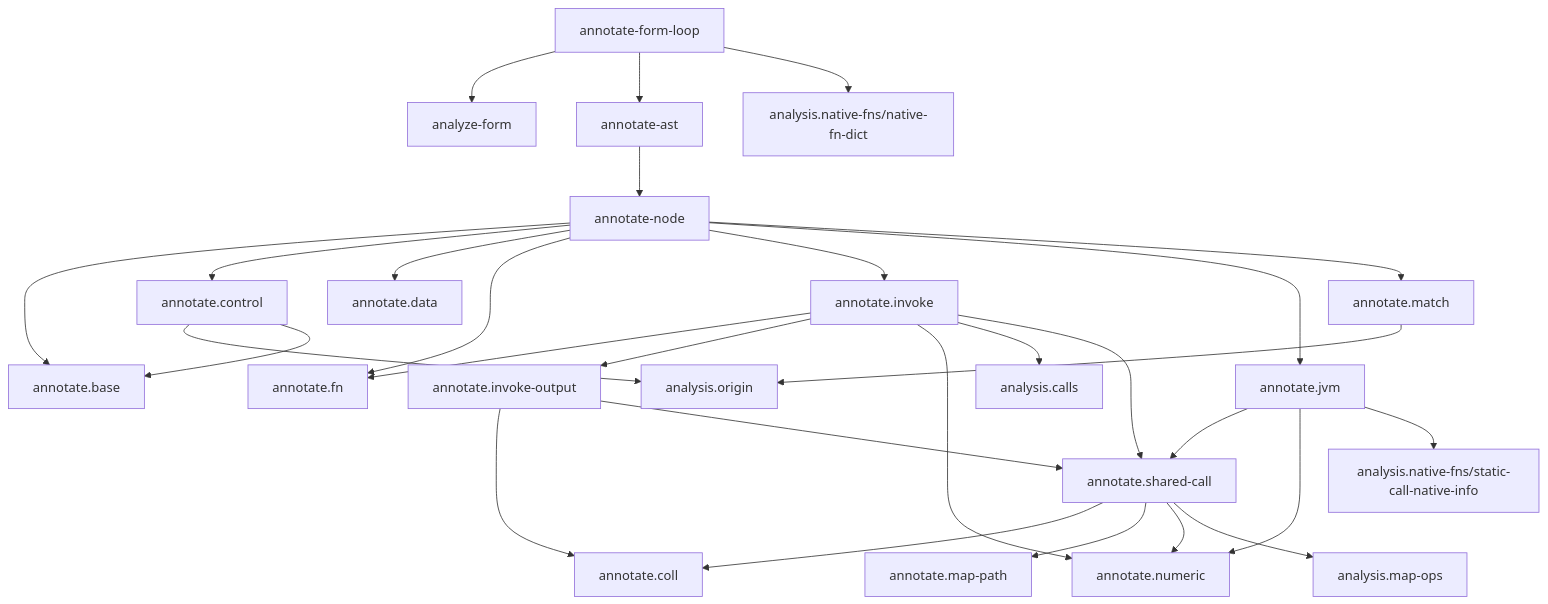
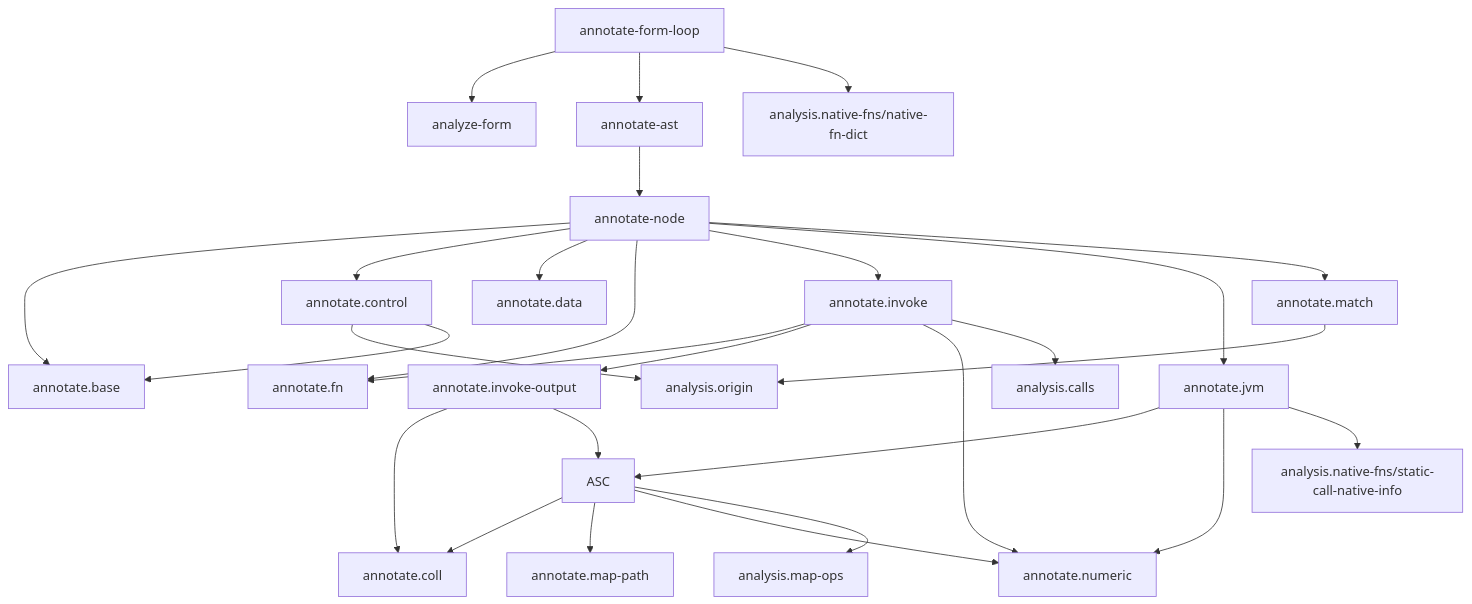
The diagram in skeptic/docs/annotate-function-map.md (nomicflux/skeptic), drawn with Mermaid before and after one commit. The commit also changed other lines of this file, not shown here.

````diff
--- a/skeptic/docs/annotate-function-map.md
+++ b/skeptic/docs/annotate-function-map.md
@@ -32,37 +32,36 @@
 ```mermaid
 flowchart TD
   AFL["annotate-form-loop"] --> AF["analyze-form"]
   AFL --> AA["annotate-ast"]
   AFL --> NF["analysis.native-fns/native-fn-dict"]
   AA --> AN["annotate-node"]
 
   AN --> AB["annotate.base"]
   AN --> ACTL["annotate.control"]
   AN --> AD["annotate.data"]
   AN --> AFN["annotate.fn"]
   AN --> AI["annotate.invoke"]
   AN --> AJ["annotate.jvm"]
   AN --> AM["annotate.match"]
 
   AI --> AFN
   AI --> AIO["annotate.invoke-output"]
   AI --> ANUM["annotate.numeric"]
   AI --> CALLS["analysis.calls"]
-  AI --> ASC["annotate.shared-call"]
 
   AIO --> ACOLL["annotate.coll"]
   AIO --> ASC
 
   ASC --> ACOLL
   ASC --> AMP["annotate.map-path"]
   ASC --> ANUM
   ASC --> MAPOPS["analysis.map-ops"]
 
   AJ --> ASC
   AJ --> ANUM
   AJ --> NFN["analysis.native-fns/static-call-native-info"]
 
   ACTL --> ORIGIN["analysis.origin"]
   AM --> ORIGIN
   ACTL --> AB
 ```
````
